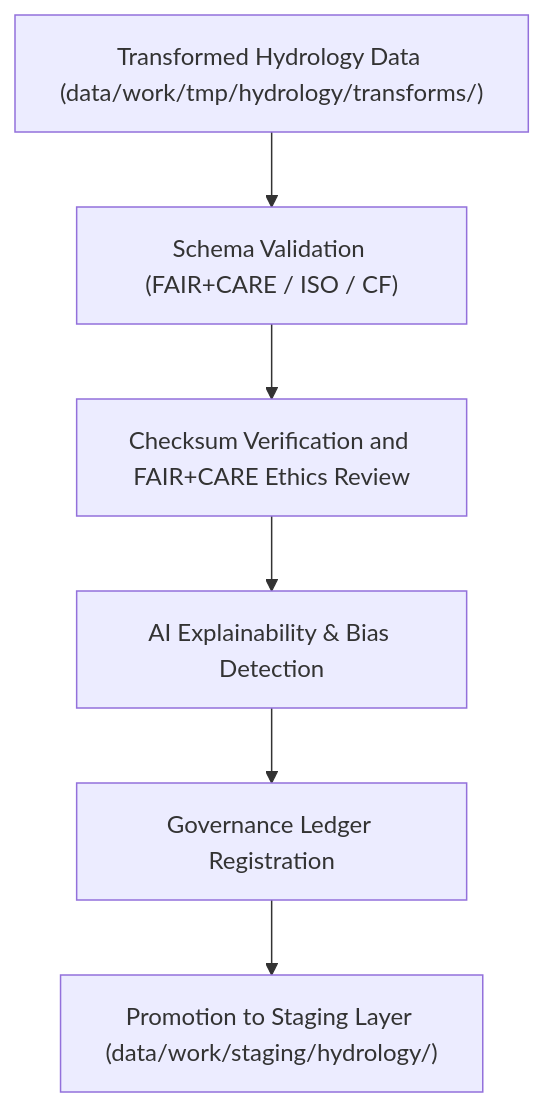
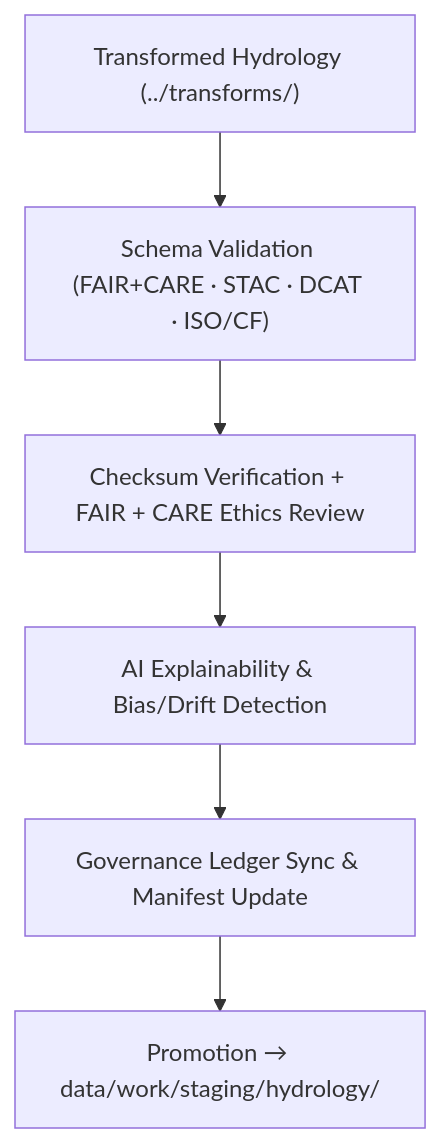
Before and after one commit to bartytime4life/Kansas-Frontier-Matrix: the diagram in data/work/tmp/hydrology/validation/README.md, drawn with Mermaid. The commit also changed other lines of this file, not shown here.

````diff
--- a/data/work/tmp/hydrology/validation/README.md
+++ b/data/work/tmp/hydrology/validation/README.md
@@ -65,8 +67,8 @@
 ```mermaid
 flowchart TD
-    A["Transformed Hydrology Data (data/work/tmp/hydrology/transforms/)"] --> B["Schema Validation (FAIR+CARE / ISO / CF)"]
-    B --> C["Checksum Verification and FAIR+CARE Ethics Review"]
-    C --> D["AI Explainability & Bias Detection"]
-    D --> E["Governance Ledger Registration"]
-    E --> F["Promotion to Staging Layer (data/work/staging/hydrology/)"]
+    A["Transformed Hydrology (../transforms/)"] --> B["Schema Validation (FAIR+CARE · STAC · DCAT · ISO/CF)"]
+    B --> C["Checksum Verification + FAIR + CARE Ethics Review"]
+    C --> D["AI Explainability & Bias/Drift Detection"]
+    D --> E["Governance Ledger Sync & Manifest Update"]
+    E --> F["Promotion → data/work/staging/hydrology/"]
 ```
````
